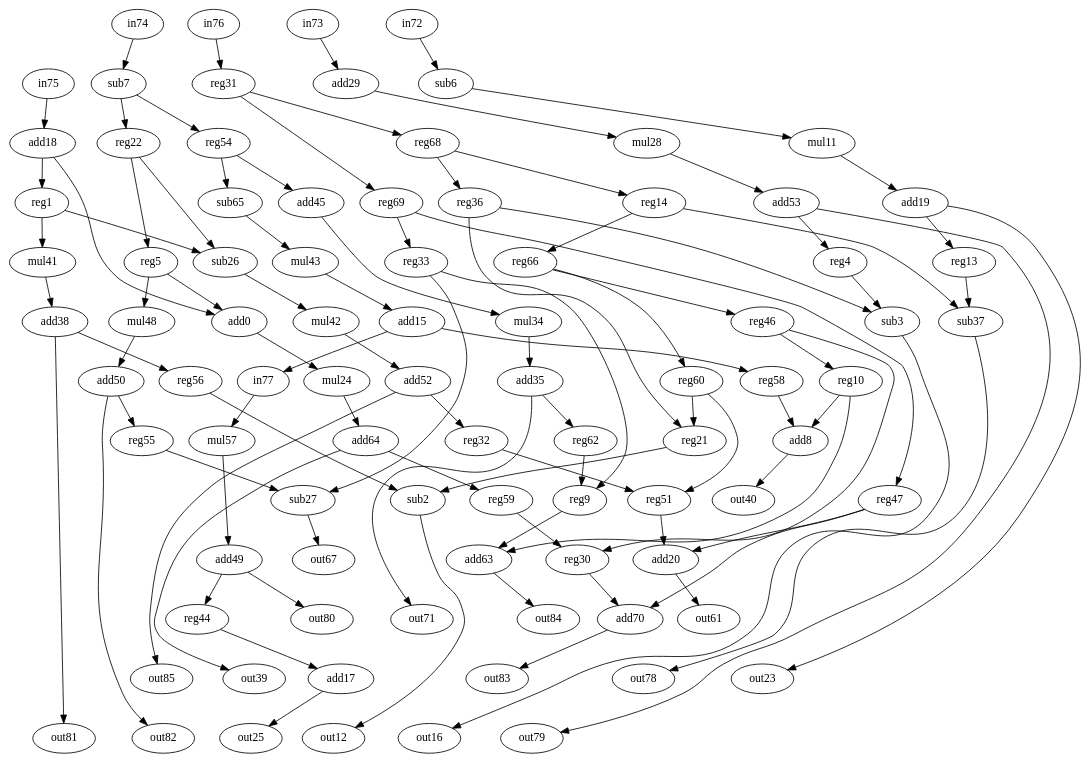
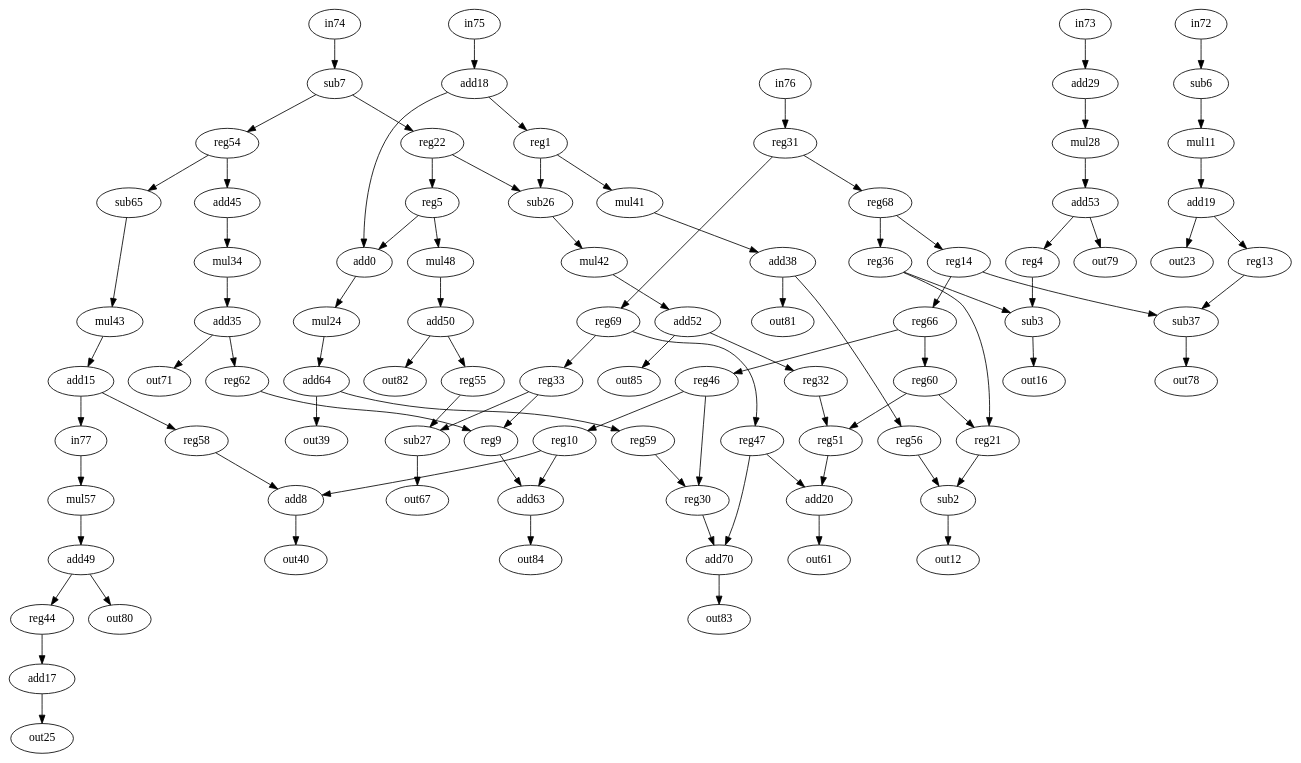
Before and after one commit to jeronimopenha/traversal_project: the diagram in bench/test_bench/collapse_pyr.dot, drawn with Graphviz. The commit also changed 26032 other files, not shown here.

```diff
--- a/bench/test_bench/collapse_pyr.dot
+++ b/bench/test_bench/collapse_pyr.dot
@@ -1,183 +1,183 @@
 digraph "collapse_pyr" {
 0 [label=add0, op=add];
 1 [label=reg1, op=reg];
 2 [label=sub2, op=sub];
 3 [label=sub3, op=sub];
 4 [label=reg4, op=reg];
 5 [label=reg5, op=reg];
 6 [label=sub6, op=subi, value=2];
 7 [label=sub7, op=subi, value=2];
 8 [label=add8, op=add];
 9 [label=reg9, op=reg];
 10 [label=reg10, op=reg];
 11 [label=mul11, op=muli, value=2];
 12 [label=out12, op=out];
 13 [label=reg13, op=reg];
 14 [label=reg14, op=reg];
 15 [label=add15, op=addi, value=2];
 16 [label=out16, op=out];
 17 [label=add17, op=addi, value=2];
 18 [label=add18, op=addi, value=2];
 19 [label=add19, op=addi, value=2];
 20 [label=add20, op=add];
 21 [label=reg21, op=reg];
 22 [label=reg22, op=reg];
 23 [label=out23, op=out];
 24 [label=mul24, op=muli, value=2];
 25 [label=out25, op=out];
 26 [label=sub26, op=sub];
 27 [label=sub27, op=sub];
 28 [label=mul28, op=muli, value=2];
 29 [label=add29, op=addi, value=2];
 30 [label=reg30, op=reg];
 31 [label=reg31, op=reg];
 32 [label=reg32, op=reg];
 33 [label=reg33, op=reg];
 34 [label=mul34, op=muli, value=2];
 35 [label=add35, op=addi, value=2];
 36 [label=reg36, op=reg];
 37 [label=sub37, op=sub];
 38 [label=add38, op=addi, value=2];
 39 [label=out39, op=out];
 40 [label=out40, op=out];
 41 [label=mul41, op=muli, value=2];
 42 [label=mul42, op=muli, value=2];
 43 [label=mul43, op=muli, value=2];
 44 [label=reg44, op=reg];
 45 [label=add45, op=addi, value=2];
 46 [label=reg46, op=reg];
 47 [label=reg47, op=reg];
 48 [label=mul48, op=muli, value=2];
 49 [label=add49, op=addi, value=2];
 50 [label=add50, op=addi, value=2];
 51 [label=reg51, op=reg];
 52 [label=add52, op=addi, value=2];
 53 [label=add53, op=addi, value=2];
 54 [label=reg54, op=reg];
 55 [label=reg55, op=reg];
 56 [label=reg56, op=reg];
 57 [label=mul57, op=muli, value=2];
 58 [label=reg58, op=reg];
 59 [label=reg59, op=reg];
 60 [label=reg60, op=reg];
 61 [label=out61, op=out];
 62 [label=reg62, op=reg];
 63 [label=add63, op=add];
 64 [label=add64, op=addi, value=2];
 65 [label=sub65, op=subi, value=2];
 66 [label=reg66, op=reg];
 67 [label=out67, op=out];
 68 [label=reg68, op=reg];
 69 [label=reg69, op=reg];
 70 [label=add70, op=add];
 71 [label=out71, op=out];
 72 [label=in72, op=in];
 73 [label=in73, op=in];
 74 [label=in74, op=in];
 75 [label=in75, op=in];
 76 [label=in76, op=in];
 77 [label=in77, op=in];
 78 [label=out78, op=out];
 79 [label=out79, op=out];
 80 [label=out80, op=out];
 81 [label=out81, op=out];
 82 [label=out82, op=out];
 83 [label=out83, op=out];
 84 [label=out84, op=out];
 85 [label=out85, op=out];
-0 -> 24  [port=0, weight=0];
-1 -> 26  [port=0, weight=0];
-1 -> 41  [port=0, weight=0];
-2 -> 12  [port=0, weight=0];
-3 -> 16  [port=0, weight=0];
-4 -> 3  [port=0, weight=0];
-5 -> 0  [port=0, weight=0];
-5 -> 48  [port=0, weight=0];
-6 -> 11  [port=0, weight=0];
-7 -> 22  [port=0, weight=0];
-7 -> 54  [port=0, weight=0];
-8 -> 40  [port=0, weight=0];
-9 -> 63  [port=0, weight=0];
-10 -> 8  [port=0, weight=0];
-10 -> 63  [port=1, weight=0];
-11 -> 19  [port=0, weight=0];
-13 -> 37  [port=0, weight=0];
-14 -> 37  [port=1, weight=0];
-14 -> 66  [port=0, weight=0];
-15 -> 77  [port=0, weight=0];
-15 -> 58  [port=0, weight=0];
-17 -> 25  [port=0, weight=0];
-18 -> 0  [port=1, weight=0];
-18 -> 1  [port=0, weight=0];
-19 -> 13  [port=0, weight=0];
-19 -> 23  [port=0, weight=0];
-20 -> 61  [port=0, weight=0];
-21 -> 2  [port=0, weight=0];
-22 -> 5  [port=0, weight=0];
-22 -> 26  [port=1, weight=0];
-24 -> 64  [port=0, weight=0];
-26 -> 42  [port=0, weight=0];
-27 -> 67  [port=0, weight=0];
-28 -> 53  [port=0, weight=0];
-29 -> 28  [port=0, weight=0];
-30 -> 70  [port=0, weight=0];
-31 -> 68  [port=0, weight=0];
-31 -> 69  [port=0, weight=0];
-32 -> 51  [port=0, weight=0];
-33 -> 9  [port=0, weight=0];
-33 -> 27  [port=0, weight=0];
-34 -> 35  [port=0, weight=0];
-35 -> 62  [port=0, weight=0];
-35 -> 71  [port=0, weight=0];
-36 -> 3  [port=1, weight=0];
-36 -> 21  [port=0, weight=0];
-37 -> 78  [port=0, weight=0];
-38 -> 81  [port=0, weight=0];
-38 -> 56  [port=0, weight=0];
-41 -> 38  [port=0, weight=0];
-42 -> 52  [port=0, weight=0];
-43 -> 15  [port=0, weight=0];
-44 -> 17  [port=0, weight=0];
-45 -> 34  [port=0, weight=0];
-46 -> 10  [port=0, weight=0];
-46 -> 30  [port=0, weight=0];
-47 -> 20  [port=0, weight=0];
-47 -> 70  [port=1, weight=0];
-48 -> 50  [port=0, weight=0];
-49 -> 80  [port=0, weight=0];
-49 -> 44  [port=0, weight=0];
-50 -> 55  [port=0, weight=0];
-50 -> 82  [port=0, weight=0];
-51 -> 20  [port=1, weight=0];
-52 -> 32  [port=0, weight=0];
-52 -> 85  [port=0, weight=0];
-53 -> 4  [port=0, weight=0];
-53 -> 79  [port=0, weight=0];
-54 -> 45  [port=0, weight=0];
-54 -> 65  [port=0, weight=0];
-55 -> 27  [port=1, weight=0];
-56 -> 2  [port=1, weight=0];
-57 -> 49  [port=0, weight=0];
-58 -> 8  [port=1, weight=0];
-59 -> 30  [port=1, weight=0];
-60 -> 21  [port=1, weight=0];
-60 -> 51  [port=1, weight=0];
-62 -> 9  [port=1, weight=0];
-63 -> 84  [port=0, weight=0];
-64 -> 39  [port=0, weight=0];
-64 -> 59  [port=0, weight=0];
-65 -> 43  [port=0, weight=0];
-66 -> 46  [port=0, weight=0];
-66 -> 60  [port=0, weight=0];
-68 -> 14  [port=0, weight=0];
-68 -> 36  [port=0, weight=0];
-69 -> 33  [port=0, weight=0];
-69 -> 47  [port=0, weight=0];
-70 -> 83  [port=0, weight=0];
-72 -> 6  [port=0, weight=0];
-73 -> 29  [port=0, weight=0];
-74 -> 7  [port=0, weight=0];
-75 -> 18  [port=0, weight=0];
-76 -> 31  [port=0, weight=0];
-77 -> 57  [port=0, weight=0];
+0 -> 24  [port=0, w=0];
+1 -> 26  [port=0, w=0];
+1 -> 41  [port=0, w=0];
+2 -> 12  [port=0, w=0];
+3 -> 16  [port=0, w=0];
+4 -> 3  [port=0, w=0];
+5 -> 0  [port=0, w=0];
+5 -> 48  [port=0, w=0];
+6 -> 11  [port=0, w=0];
+7 -> 22  [port=0, w=0];
+7 -> 54  [port=0, w=0];
+8 -> 40  [port=0, w=0];
+9 -> 63  [port=0, w=0];
+10 -> 8  [port=0, w=0];
+10 -> 63  [port=1, w=0];
+11 -> 19  [port=0, w=0];
+13 -> 37  [port=0, w=0];
+14 -> 37  [port=1, w=0];
+14 -> 66  [port=0, w=0];
+15 -> 77  [port=0, w=0];
+15 -> 58  [port=0, w=0];
+17 -> 25  [port=0, w=0];
+18 -> 0  [port=1, w=0];
+18 -> 1  [port=0, w=0];
+19 -> 13  [port=0, w=0];
+19 -> 23  [port=0, w=0];
+20 -> 61  [port=0, w=0];
+21 -> 2  [port=0, w=0];
+22 -> 5  [port=0, w=0];
+22 -> 26  [port=1, w=0];
+24 -> 64  [port=0, w=0];
+26 -> 42  [port=0, w=0];
+27 -> 67  [port=0, w=0];
+28 -> 53  [port=0, w=0];
+29 -> 28  [port=0, w=0];
+30 -> 70  [port=0, w=0];
+31 -> 68  [port=0, w=0];
+31 -> 69  [port=0, w=0];
+32 -> 51  [port=0, w=0];
+33 -> 9  [port=0, w=0];
+33 -> 27  [port=0, w=0];
+34 -> 35  [port=0, w=0];
+35 -> 62  [port=0, w=0];
+35 -> 71  [port=0, w=0];
+36 -> 3  [port=1, w=0];
+36 -> 21  [port=0, w=0];
+37 -> 78  [port=0, w=0];
+38 -> 81  [port=0, w=0];
+38 -> 56  [port=0, w=0];
+41 -> 38  [port=0, w=0];
+42 -> 52  [port=0, w=0];
+43 -> 15  [port=0, w=0];
+44 -> 17  [port=0, w=0];
+45 -> 34  [port=0, w=0];
+46 -> 10  [port=0, w=0];
+46 -> 30  [port=0, w=0];
+47 -> 20  [port=0, w=0];
+47 -> 70  [port=1, w=0];
+48 -> 50  [port=0, w=0];
+49 -> 80  [port=0, w=0];
+49 -> 44  [port=0, w=0];
+50 -> 55  [port=0, w=0];
+50 -> 82  [port=0, w=0];
+51 -> 20  [port=1, w=0];
+52 -> 32  [port=0, w=0];
+52 -> 85  [port=0, w=0];
+53 -> 4  [port=0, w=0];
+53 -> 79  [port=0, w=0];
+54 -> 45  [port=0, w=0];
+54 -> 65  [port=0, w=0];
+55 -> 27  [port=1, w=0];
+56 -> 2  [port=1, w=0];
+57 -> 49  [port=0, w=0];
+58 -> 8  [port=1, w=0];
+59 -> 30  [port=1, w=0];
+60 -> 21  [port=1, w=0];
+60 -> 51  [port=1, w=0];
+62 -> 9  [port=1, w=0];
+63 -> 84  [port=0, w=0];
+64 -> 39  [port=0, w=0];
+64 -> 59  [port=0, w=0];
+65 -> 43  [port=0, w=0];
+66 -> 46  [port=0, w=0];
+66 -> 60  [port=0, w=0];
+68 -> 14  [port=0, w=0];
+68 -> 36  [port=0, w=0];
+69 -> 33  [port=0, w=0];
+69 -> 47  [port=0, w=0];
+70 -> 83  [port=0, w=0];
+72 -> 6  [port=0, w=0];
+73 -> 29  [port=0, w=0];
+74 -> 7  [port=0, w=0];
+75 -> 18  [port=0, w=0];
+76 -> 31  [port=0, w=0];
+77 -> 57  [port=0, w=0];
 }
```
